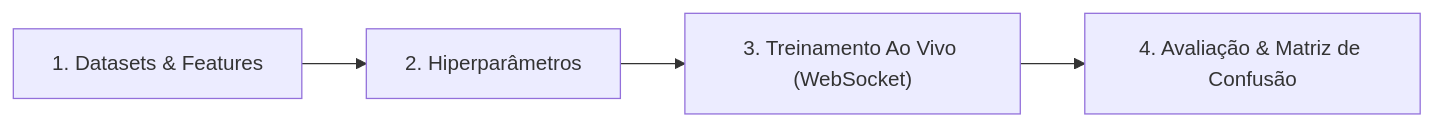
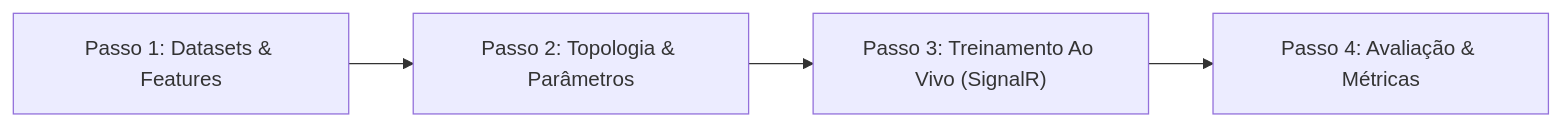
The diagram in frontend/README.md (JoaoVitorDiass/mlp-neural-network-visualizer), drawn with Mermaid before and after one commit. The commit also changed other lines of this file and 1 other file, not shown here.

Commit message:
docs: harmonize backend and frontend READMEs with wizard flow and 16 tests

````diff
--- a/frontend/README.md
+++ b/frontend/README.md
@@ -59,6 +62,6 @@
 ```mermaid
 flowchart LR
-    TAB1["1. Datasets & Features"] --> TAB2["2. Hiperparâmetros"]
-    TAB2 --> TAB3["3. Treinamento Ao Vivo (WebSocket)"]
-    TAB3 --> TAB4["4. Avaliação & Matriz de Confusão"]
+    TAB1["Passo 1: Datasets & Features"] --> TAB2["Passo 2: Topologia & Parâmetros"]
+    TAB2 --> TAB3["Passo 3: Treinamento Ao Vivo (SignalR)"]
+    TAB3 --> TAB4["Passo 4: Avaliação & Métricas"]
 ```
````
